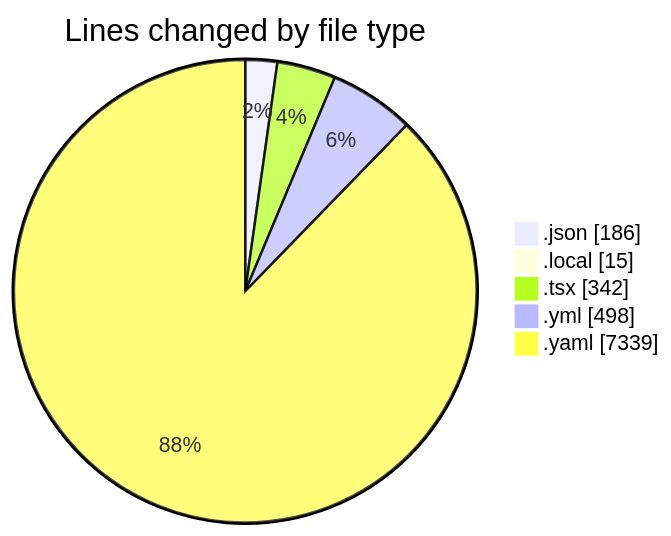
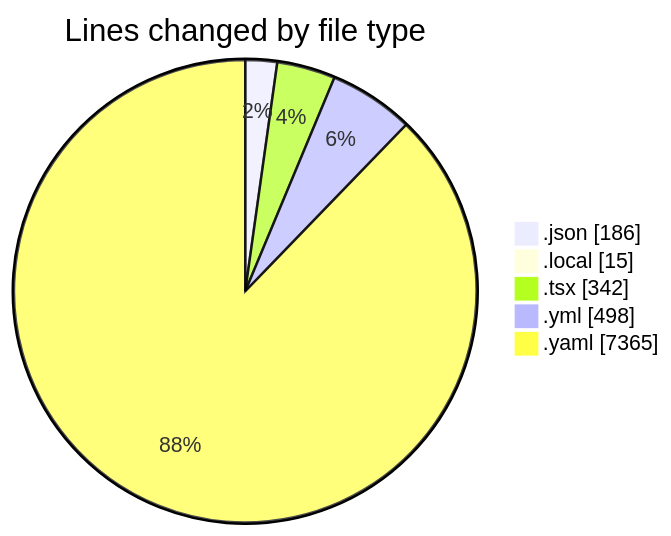
One commit to julien-gomy/code-tracking changed the first of 2 diagrams in 2025-11-05/eventscop-frontend-guide__workspace_/README.md. Above: the diagram before and after it, drawn with Mermaid. The commit also changed other lines of this file and 1 other file, not shown here.

````diff
--- a/2025-11-05/eventscop-frontend-guide__workspace_/README.md
+++ b/2025-11-05/eventscop-frontend-guide__workspace_/README.md
@@ -25,9 +25,9 @@
 ```mermaid
 pie showData
 title Lines changed by file type
 ".json" : 186
 ".local" : 15
 ".tsx" : 342
 ".yml" : 498
-".yaml" : 7339
+".yaml" : 7365
 ```
````
